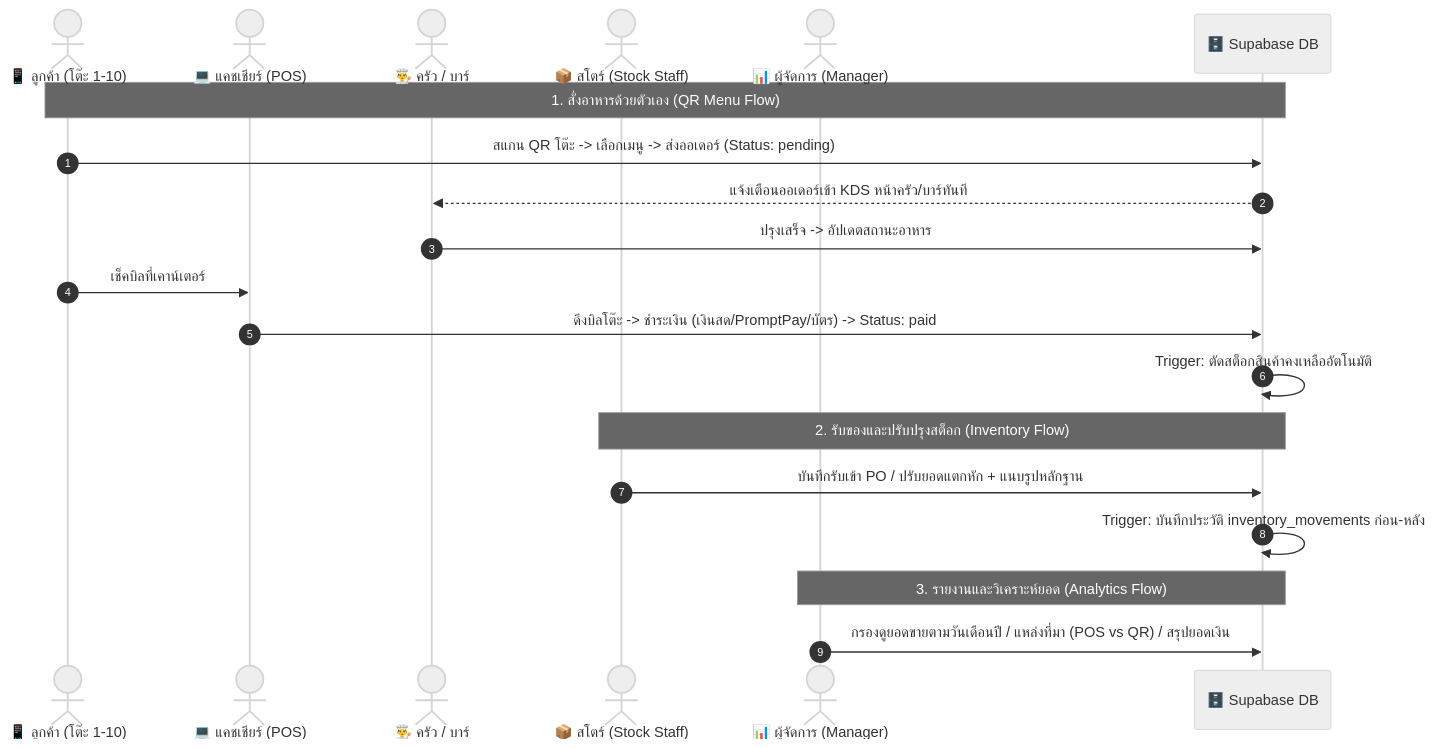
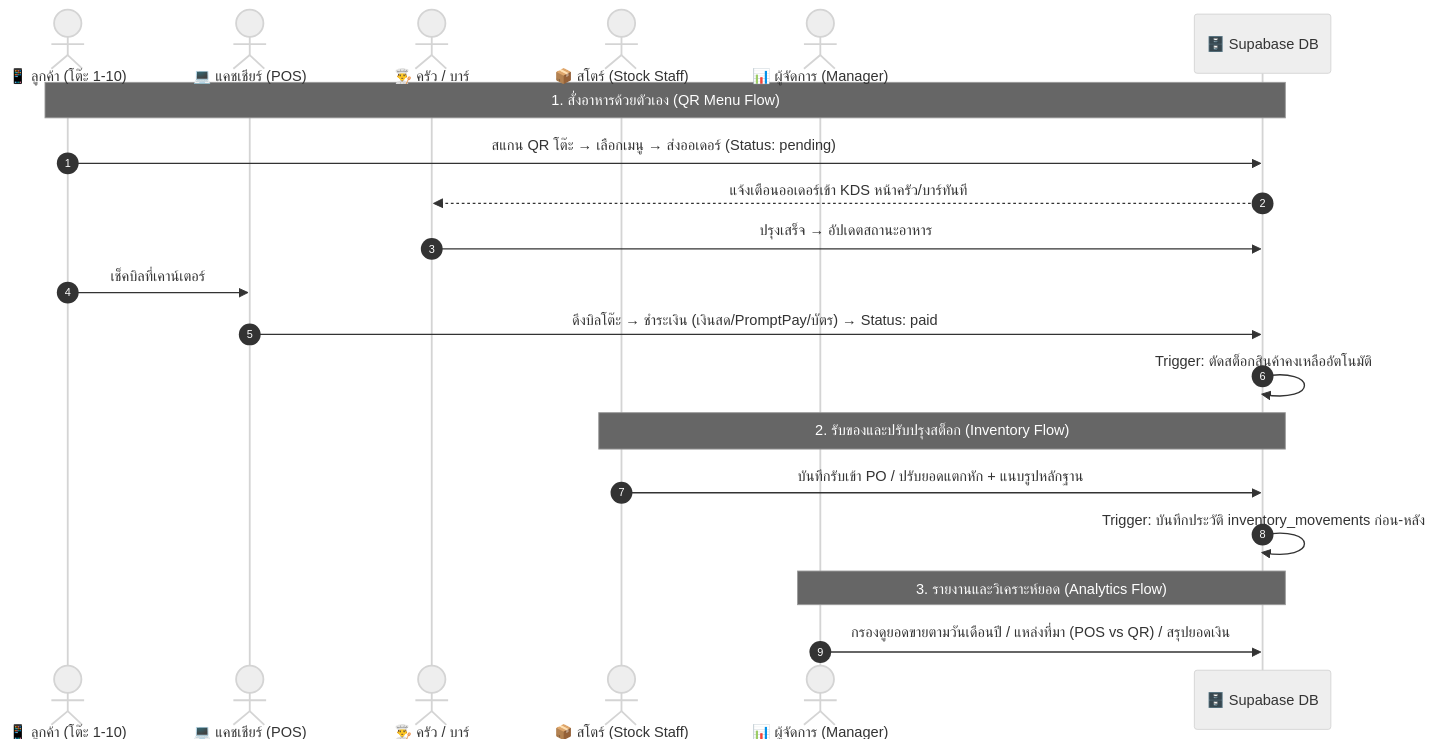
One commit to Knathip01/PosTHEBOTTLECLUB changed the second of 3 diagrams in README.md. Above: the diagram before and after it, drawn with Mermaid (neutral theme). The commit also changed other lines of this file, not shown here.

Commit message:
docs: fix mermaid diagram syntax for github rendering

````diff
--- a/README.md
+++ b/README.md
@@ -72,25 +76,25 @@
 ```mermaid
 sequenceDiagram
     autonumber
     actor Customer as 📱 ลูกค้า (โต๊ะ 1-10)
     actor Cashier as 💻 แคชเชียร์ (POS)
     actor Kitchen as 👨‍🍳 ครัว / บาร์
     actor Stock as 📦 สโตร์ (Stock Staff)
     actor Manager as 📊 ผู้จัดการ (Manager)
     participant DB as 🗄️ Supabase DB
 
     Note over Customer,DB: 1. สั่งอาหารด้วยตัวเอง (QR Menu Flow)
-    Customer->>DB: สแกน QR โต๊ะ -> เลือกเมนู -> ส่งออเดอร์ (Status: pending)
+    Customer->>DB: สแกน QR โต๊ะ → เลือกเมนู → ส่งออเดอร์ (Status: pending)
     DB-->>Kitchen: แจ้งเตือนออเดอร์เข้า KDS หน้าครัว/บาร์ทันที
-    Kitchen->>DB: ปรุงเสร็จ -> อัปเดตสถานะอาหาร
+    Kitchen->>DB: ปรุงเสร็จ → อัปเดตสถานะอาหาร
     Customer->>Cashier: เช็คบิลที่เคาน์เตอร์
-    Cashier->>DB: ดึงบิลโต๊ะ -> ชำระเงิน (เงินสด/PromptPay/บัตร) -> Status: paid
+    Cashier->>DB: ดึงบิลโต๊ะ → ชำระเงิน (เงินสด/PromptPay/บัตร) → Status: paid
     DB->>DB: Trigger: ตัดสต็อกสินค้าคงเหลืออัตโนมัติ
 
     Note over Stock,DB: 2. รับของและปรับปรุงสต็อก (Inventory Flow)
     Stock->>DB: บันทึกรับเข้า PO / ปรับยอดแตกหัก + แนบรูปหลักฐาน
     DB->>DB: Trigger: บันทึกประวัติ inventory_movements ก่อน-หลัง
 
     Note over Manager,DB: 3. รายงานและวิเคราะห์ยอด (Analytics Flow)
     Manager->>DB: กรองดูยอดขายตามวันเดือนปี / แหล่งที่มา (POS vs QR) / สรุปยอดเงิน
 ```
````
